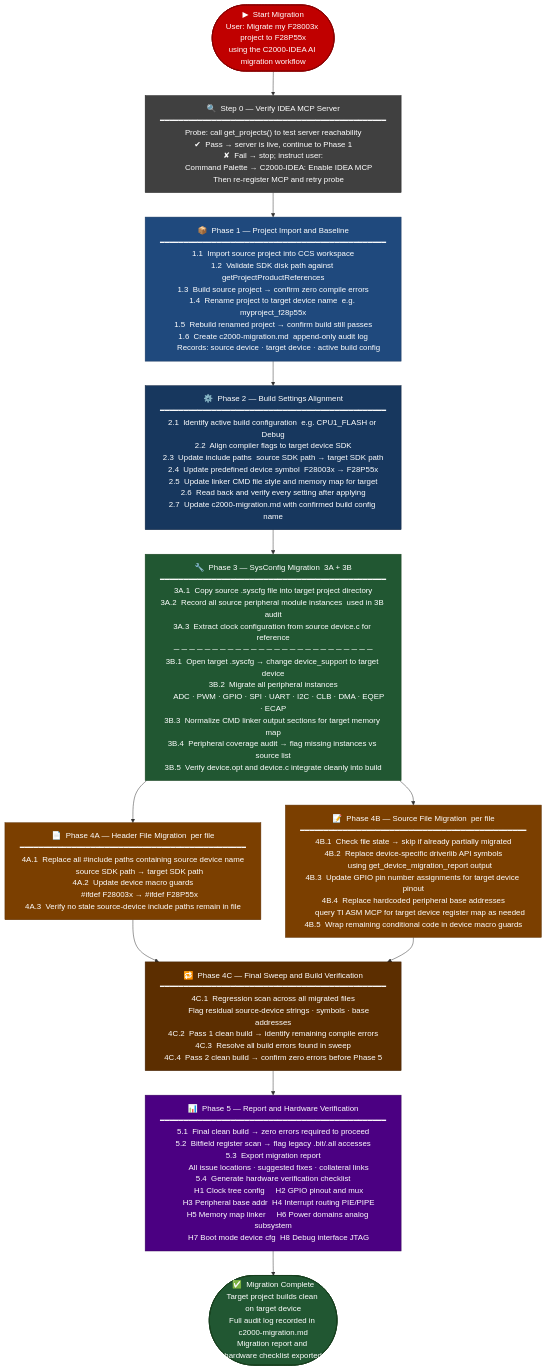
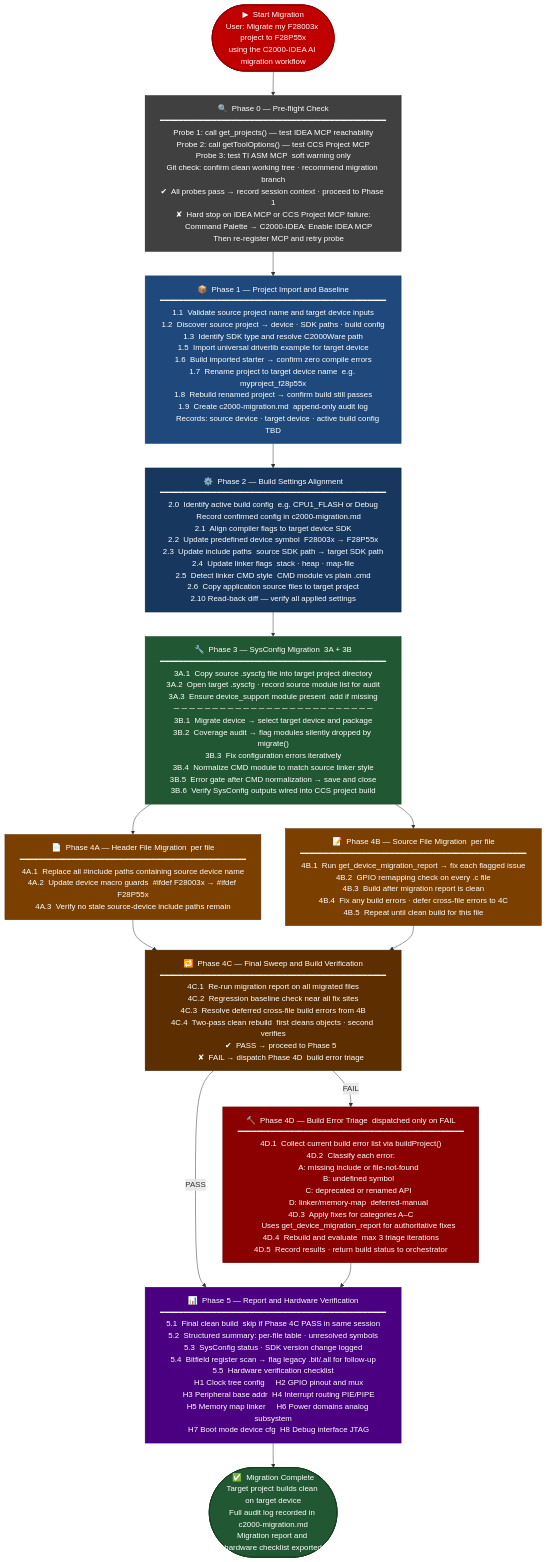
One commit to TexasInstruments/C2000-IDEA changed the diagram in README.md. Above: the diagram before and after it, drawn with Mermaid. The commit also changed other lines of this file and 12 other files, not shown here.

Commit message:
docs: update README flowchart, remove redundancy, fix SKILL.md and Phase 4D briefing

````diff
--- a/README.md
+++ b/README.md
@@ -336,43 +336,48 @@
 ```mermaid
 flowchart TD
     START(["▶  Start Migration\nUser: Migrate my F28003x project to F28P55x\nusing the C2000-IDEA AI migration workflow"])
 
-    PROBE["🔍  Step 0 — Verify IDEA MCP Server\n━━━━━━━━━━━━━━━━━━━━━━━━━━━━━━━━━━━━━━━━━━━━━━━━\nProbe: call get_projects() to test server reachability\n✔  Pass → server is live, continue to Phase 1\n✘  Fail → stop; instruct user:\n     Command Palette → C2000-IDEA: Enable IDEA MCP\n     Then re-register MCP and retry probe"]
+    PROBE["🔍  Phase 0 — Pre-flight Check\n━━━━━━━━━━━━━━━━━━━━━━━━━━━━━━━━━━━━━━━━━━━━━━━━\nProbe 1: call get_projects() — test IDEA MCP reachability\nProbe 2: call getToolOptions() — test CCS Project MCP\nProbe 3: test TI ASM MCP  soft warning only\nGit check: confirm clean working tree · recommend migration branch\n✔  All probes pass → record session context · proceed to Phase 1\n✘  Hard stop on IDEA MCP or CCS Project MCP failure:\n     Command Palette → C2000-IDEA: Enable IDEA MCP\n     Then re-register MCP and retry probe"]
 
-    P1["📦  Phase 1 — Project Import and Baseline\n━━━━━━━━━━━━━━━━━━━━━━━━━━━━━━━━━━━━━━━━━━━━━━━━\n1.1  Import source project into CCS workspace\n1.2  Validate SDK disk path against getProjectProductReferences\n1.3  Build source project → confirm zero compile errors\n1.4  Rename project to target device name  e.g. myproject_f28p55x\n1.5  Rebuild renamed project → confirm build still passes\n1.6  Create c2000-migration.md  append-only audit log\n     Records: source device · target device · active build config"]
+    P1["📦  Phase 1 — Project Import and Baseline\n━━━━━━━━━━━━━━━━━━━━━━━━━━━━━━━━━━━━━━━━━━━━━━━━\n1.1  Validate source project name and target device inputs\n1.2  Discover source project → device · SDK paths · build config\n1.3  Identify SDK type and resolve C2000Ware path\n1.5  Import universal driverlib example for target device\n1.6  Build imported starter → confirm zero compile errors\n1.7  Rename project to target device name  e.g. myproject_f28p55x\n1.8  Rebuild renamed project → confirm build still passes\n1.9  Create c2000-migration.md  append-only audit log\n     Records: source device · target device · active build config TBD"]
 
-    P2["⚙️  Phase 2 — Build Settings Alignment\n━━━━━━━━━━━━━━━━━━━━━━━━━━━━━━━━━━━━━━━━━━━━━━━━\n2.1  Identify active build configuration  e.g. CPU1_FLASH or Debug\n2.2  Align compiler flags to target device SDK\n2.3  Update include paths  source SDK path → target SDK path\n2.4  Update predefined device symbol  F28003x → F28P55x\n2.5  Update linker CMD file style and memory map for target\n2.6  Read back and verify every setting after applying\n2.7  Update c2000-migration.md with confirmed build config name"]
+    P2["⚙️  Phase 2 — Build Settings Alignment\n━━━━━━━━━━━━━━━━━━━━━━━━━━━━━━━━━━━━━━━━━━━━━━━━\n2.0  Identify active build config  e.g. CPU1_FLASH or Debug\n     Record confirmed config in c2000-migration.md\n2.1  Align compiler flags to target device SDK\n2.2  Update predefined device symbol  F28003x → F28P55x\n2.3  Update include paths  source SDK path → target SDK path\n2.4  Update linker flags  stack · heap · map-file\n2.5  Detect linker CMD style  CMD module vs plain .cmd\n2.6  Copy application source files to target project\n2.10 Read-back diff — verify all applied settings"]
 
-    P3["🔧  Phase 3 — SysConfig Migration  3A + 3B\n━━━━━━━━━━━━━━━━━━━━━━━━━━━━━━━━━━━━━━━━━━━━━━━━\n3A.1  Copy source .syscfg file into target project directory\n3A.2  Record all source peripheral module instances  used in 3B audit\n3A.3  Extract clock configuration from source device.c for reference\n─ ─ ─ ─ ─ ─ ─ ─ ─ ─ ─ ─ ─ ─ ─ ─ ─ ─ ─ ─ ─ ─ ─ ─ ─ ─\n3B.1  Open target .syscfg → change device_support to target device\n3B.2  Migrate all peripheral instances\n      ADC · PWM · GPIO · SPI · UART · I2C · CLB · DMA · EQEP · ECAP\n3B.3  Normalize CMD linker output sections for target memory map\n3B.4  Peripheral coverage audit → flag missing instances vs source list\n3B.5  Verify device.opt and device.c integrate cleanly into build"]
+    P3["🔧  Phase 3 — SysConfig Migration  3A + 3B\n━━━━━━━━━━━━━━━━━━━━━━━━━━━━━━━━━━━━━━━━━━━━━━━━\n3A.1  Copy source .syscfg file into target project directory\n3A.2  Open target .syscfg · record source module list for audit\n3A.3  Ensure device_support module present  add if missing\n─ ─ ─ ─ ─ ─ ─ ─ ─ ─ ─ ─ ─ ─ ─ ─ ─ ─ ─ ─ ─ ─ ─ ─ ─ ─\n3B.1  Migrate device → select target device and package\n3B.2  Coverage audit → flag modules silently dropped by migrate()\n3B.3  Fix configuration errors iteratively\n3B.4  Normalize CMD module to match source linker style\n3B.5  Error gate after CMD normalization → save and close\n3B.6  Verify SysConfig outputs wired into CCS project build"]
 
-    P4H["📄  Phase 4A — Header File Migration  per file\n━━━━━━━━━━━━━━━━━━━━━━━━━━━━━━━━━━━━━━━━━━━━━━━━\n4A.1  Replace all #include paths containing source device name\n      source SDK path → target SDK path\n4A.2  Update device macro guards\n      #ifdef F28003x → #ifdef F28P55x\n4A.3  Verify no stale source-device include paths remain in file"]
+    P4H["📄  Phase 4A — Header File Migration  per file\n━━━━━━━━━━━━━━━━━━━━━━━━━━━━━━━━━━━━━━━━━━━━━━━━\n4A.1  Replace all #include paths containing source device name\n4A.2  Update device macro guards  #ifdef F28003x → #ifdef F28P55x\n4A.3  Verify no stale source-device include paths remain"]
 
-    P4S["📝  Phase 4B — Source File Migration  per file\n━━━━━━━━━━━━━━━━━━━━━━━━━━━━━━━━━━━━━━━━━━━━━━━━\n4B.1  Check file state → skip if already partially migrated\n4B.2  Replace device-specific driverlib API symbols\n      using get_device_migration_report output\n4B.3  Update GPIO pin number assignments for target device pinout\n4B.4  Replace hardcoded peripheral base addresses\n      query TI ASM MCP for target device register map as needed\n4B.5  Wrap remaining conditional code in device macro guards"]
+    P4S["📝  Phase 4B — Source File Migration  per file\n━━━━━━━━━━━━━━━━━━━━━━━━━━━━━━━━━━━━━━━━━━━━━━━━\n4B.1  Run get_device_migration_report → fix each flagged issue\n4B.2  GPIO remapping check on every .c file\n4B.3  Build after migration report is clean\n4B.4  Fix any build errors · defer cross-file errors to 4C\n4B.5  Repeat until clean build for this file"]
 
-    P4C["🔁  Phase 4C — Final Sweep and Build Verification\n━━━━━━━━━━━━━━━━━━━━━━━━━━━━━━━━━━━━━━━━━━━━━━━━\n4C.1  Regression scan across all migrated files\n      Flag residual source-device strings · symbols · base addresses\n4C.2  Pass 1 clean build → identify remaining compile errors\n4C.3  Resolve all build errors found in sweep\n4C.4  Pass 2 clean build → confirm zero errors before Phase 5"]
+    P4C["🔁  Phase 4C — Final Sweep and Build Verification\n━━━━━━━━━━━━━━━━━━━━━━━━━━━━━━━━━━━━━━━━━━━━━━━━\n4C.1  Re-run migration report on all migrated files\n4C.2  Regression baseline check near all fix sites\n4C.3  Resolve deferred cross-file build errors from 4B\n4C.4  Two-pass clean rebuild  first cleans objects · second verifies\n       ✔  PASS → proceed to Phase 5\n       ✘  FAIL → dispatch Phase 4D  build error triage"]
 
-    P5["📊  Phase 5 — Report and Hardware Verification\n━━━━━━━━━━━━━━━━━━━━━━━━━━━━━━━━━━━━━━━━━━━━━━━━\n5.1  Final clean build → zero errors required to proceed\n5.2  Bitfield register scan → flag legacy .bit/.all accesses\n5.3  Export migration report\n     All issue locations · suggested fixes · collateral links\n5.4  Generate hardware verification checklist\n     H1 Clock tree config     H2 GPIO pinout and mux\n     H3 Peripheral base addr  H4 Interrupt routing PIE/PIPE\n     H5 Memory map linker     H6 Power domains analog subsystem\n     H7 Boot mode device cfg  H8 Debug interface JTAG"]
+    P4D["🔨  Phase 4D — Build Error Triage  dispatched only on FAIL\n━━━━━━━━━━━━━━━━━━━━━━━━━━━━━━━━━━━━━━━━━━━━━━━━\n4D.1  Collect current build error list via buildProject()\n4D.2  Classify each error:\n       A: missing include or file-not-found\n       B: undefined symbol\n       C: deprecated or renamed API\n       D: linker/memory-map  deferred-manual\n4D.3  Apply fixes for categories A–C\n       Uses get_device_migration_report for authoritative fixes\n4D.4  Rebuild and evaluate  max 3 triage iterations\n4D.5  Record results · return build status to orchestrator"]
+
+    P5["📊  Phase 5 — Report and Hardware Verification\n━━━━━━━━━━━━━━━━━━━━━━━━━━━━━━━━━━━━━━━━━━━━━━━━\n5.1  Final clean build  skip if Phase 4C PASS in same session\n5.2  Structured summary: per-file table · unresolved symbols\n5.3  SysConfig status · SDK version change logged\n5.4  Bitfield register scan → flag legacy .bit/.all for follow-up\n5.5  Hardware verification checklist\n     H1 Clock tree config     H2 GPIO pinout and mux\n     H3 Peripheral base addr  H4 Interrupt routing PIE/PIPE\n     H5 Memory map linker     H6 Power domains analog subsystem\n     H7 Boot mode device cfg  H8 Debug interface JTAG"]
 
     DONE(["✅  Migration Complete\nTarget project builds clean on target device\nFull audit log recorded in c2000-migration.md\nMigration report and hardware checklist exported"])
 
     START --> PROBE
     PROBE --> P1
     P1    --> P2
     P2    --> P3
     P3    --> P4H & P4S
     P4H   --> P4C
     P4S   --> P4C
-    P4C   --> P5
+    P4C   -->|"PASS"| P5
+    P4C   -->|"FAIL"| P4D
+    P4D   --> P5
     P5    --> DONE
 
     style START fill:#C00000,color:#ffffff,stroke:#8B0000,stroke-width:2px
     style PROBE fill:#404040,color:#ffffff,stroke:#202020,stroke-width:1px
     style P1    fill:#1F497D,color:#ffffff,stroke:#17375E,stroke-width:1px
     style P2    fill:#17375E,color:#ffffff,stroke:#0F243E,stroke-width:1px
     style P3    fill:#215732,color:#ffffff,stroke:#17401E,stroke-width:1px
     style P4H   fill:#7B3F00,color:#ffffff,stroke:#5C2E00,stroke-width:1px
     style P4S   fill:#7B3F00,color:#ffffff,stroke:#5C2E00,stroke-width:1px
     style P4C   fill:#5C2E00,color:#ffffff,stroke:#3D1E00,stroke-width:1px
+    style P4D   fill:#8B0000,color:#ffffff,stroke:#5C0000,stroke-width:1px
     style P5    fill:#4B0082,color:#ffffff,stroke:#320057,stroke-width:1px
     style DONE  fill:#215732,color:#ffffff,stroke:#17401E,stroke-width:2px
 ```
````
